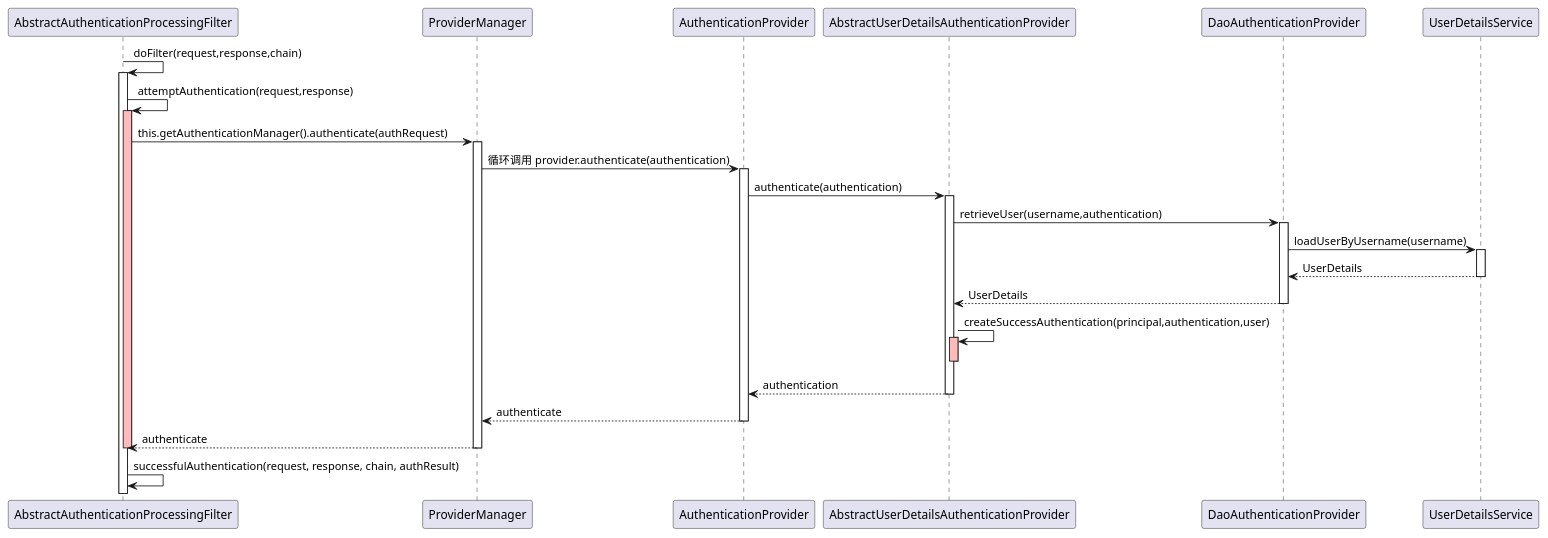
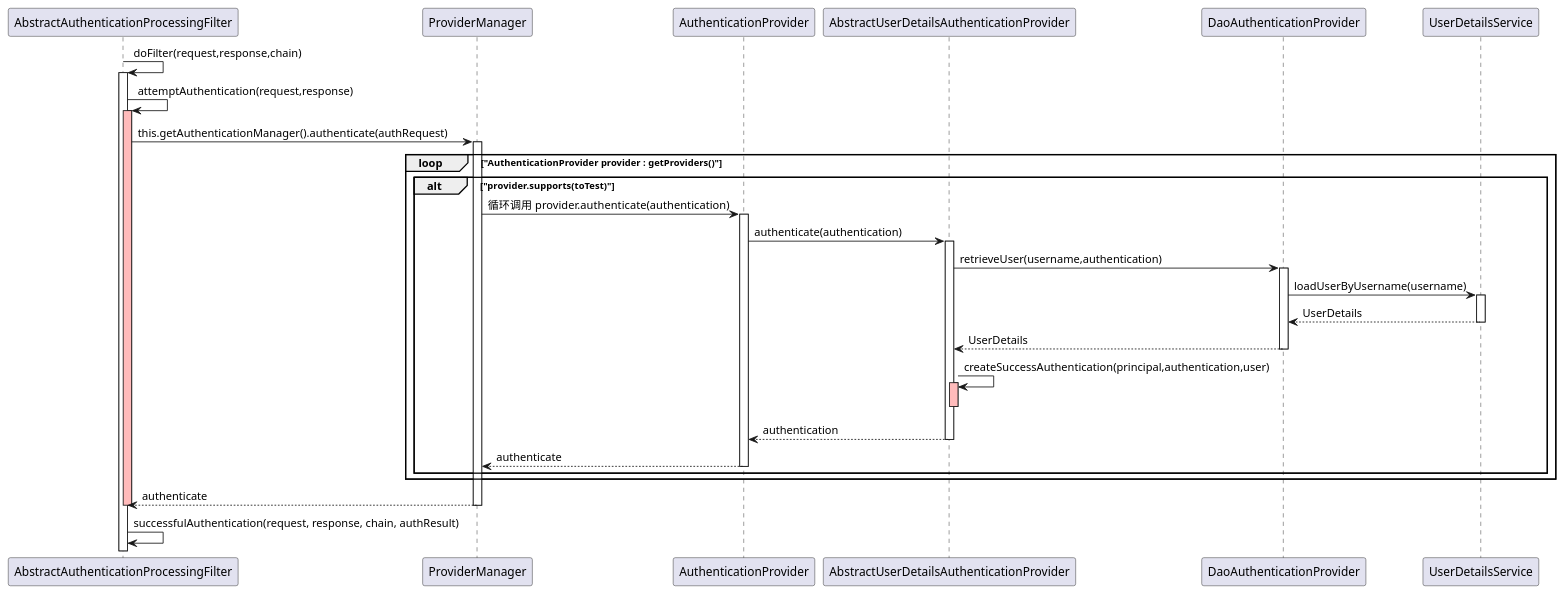
Before and after one commit to JL-Code/thinking-in-java: the diagram in doc/uml/PasswordAuthenticationFlow.puml, drawn with PlantUML.

Commit message:
authenticationflow

```diff
--- a/doc/uml/PasswordAuthenticationFlow.puml
+++ b/doc/uml/PasswordAuthenticationFlow.puml
@@ -1,56 +1,65 @@
 @startuml
 'class ProviderManager
 'interface AuthenticationProvider
 'abstract class AbstractUserDetailsAuthenticationProvider
 'interface UserDetailsService
 'class DaoAuthenticationProvider
 'AbstractAuthenticationProcessingFilter.doFilter -> AbstractAuthenticationProcessingFilter.attemptAuthentication->AbstractAuthenticationProcessingFilter.getAuthenticationManager().authenticate(authRequest)
 ' 此处是循环调用 provider.authenticate(authentication)
 AbstractAuthenticationProcessingFilter->AbstractAuthenticationProcessingFilter: doFilter(request,response,chain)
 activate AbstractAuthenticationProcessingFilter
 
 AbstractAuthenticationProcessingFilter->AbstractAuthenticationProcessingFilter: attemptAuthentication(request,response)
 activate AbstractAuthenticationProcessingFilter #FFBBBB
 
 AbstractAuthenticationProcessingFilter->ProviderManager: this.getAuthenticationManager().authenticate(authRequest)
 activate ProviderManager
 
-ProviderManager -> AuthenticationProvider: 循环调用 provider.authenticate(authentication)
-activate AuthenticationProvider
+loop "AuthenticationProvider provider : getProviders()"
 
-AuthenticationProvider->AbstractUserDetailsAuthenticationProvider:authenticate(authentication)
-activate AbstractUserDetailsAuthenticationProvider
+'Class<? extends Authentication> toTest = authentication.getClass();
+'if (!provider.supports(toTest)) {
+'    continue;
+'}
+    alt "provider.supports(toTest)"
+        ProviderManager -> AuthenticationProvider: 循环调用 provider.authenticate(authentication)
+        activate AuthenticationProvider
 
-AbstractUserDetailsAuthenticationProvider->DaoAuthenticationProvider:retrieveUser(username,authentication)
-activate DaoAuthenticationProvider
+        AuthenticationProvider->AbstractUserDetailsAuthenticationProvider:authenticate(authentication)
+        activate AbstractUserDetailsAuthenticationProvider
 
-DaoAuthenticationProvider->UserDetailsService:loadUserByUsername(username)
-activate UserDetailsService
+        AbstractUserDetailsAuthenticationProvider->DaoAuthenticationProvider:retrieveUser(username,authentication)
+        activate DaoAuthenticationProvider
 
-DaoAuthenticationProvider <-- UserDetailsService: UserDetails
-deactivate UserDetailsService
+        DaoAuthenticationProvider->UserDetailsService:loadUserByUsername(username)
+        activate UserDetailsService
 
-AbstractUserDetailsAuthenticationProvider <-- DaoAuthenticationProvider: UserDetails
-deactivate DaoAuthenticationProvider
+        DaoAuthenticationProvider <-- UserDetailsService: UserDetails
+        deactivate UserDetailsService
 
-AbstractUserDetailsAuthenticationProvider -> AbstractUserDetailsAuthenticationProvider: createSuccessAuthentication(principal,authentication,user)
-activate AbstractUserDetailsAuthenticationProvider #FFBBBB
-deactivate AbstractUserDetailsAuthenticationProvider
+        AbstractUserDetailsAuthenticationProvider <-- DaoAuthenticationProvider: UserDetails
+        deactivate DaoAuthenticationProvider
 
-AuthenticationProvider <-- AbstractUserDetailsAuthenticationProvider: authentication
-deactivate AbstractUserDetailsAuthenticationProvider
+        AbstractUserDetailsAuthenticationProvider -> AbstractUserDetailsAuthenticationProvider: createSuccessAuthentication(principal,authentication,user)
+        activate AbstractUserDetailsAuthenticationProvider #FFBBBB
+        deactivate AbstractUserDetailsAuthenticationProvider
 
-ProviderManager <-- AuthenticationProvider: authenticate
-deactivate AuthenticationProvider
+        AuthenticationProvider <-- AbstractUserDetailsAuthenticationProvider: authentication
+        deactivate AbstractUserDetailsAuthenticationProvider
+
+        ProviderManager <-- AuthenticationProvider: authenticate
+        deactivate AuthenticationProvider
+    end
+end
 
 AbstractAuthenticationProcessingFilter <-- ProviderManager: authenticate
 deactivate ProviderManager
 deactivate AbstractAuthenticationProcessingFilter
 
 AbstractAuthenticationProcessingFilter->AbstractAuthenticationProcessingFilter: successfulAuthentication(request, response, chain, authResult)
 
 'ClientCredentialsTokenEndpointFilter.successfulAuthentication-->AbstractAuthenticationProcessingFilter.successfulAuthentication
 'ClientCredentialsTokenEndpointFilter.successfulAuthentication-->chain.doFilter(request, response)
 
 
 @enduml
```
